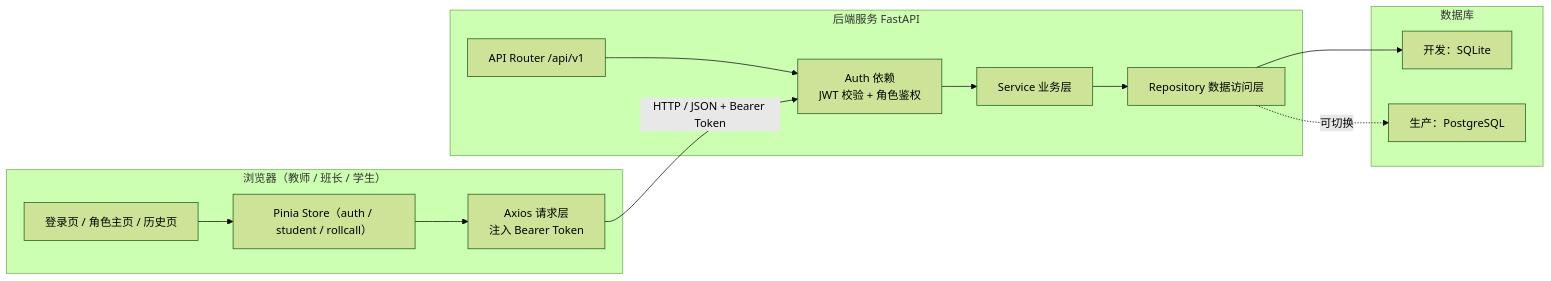
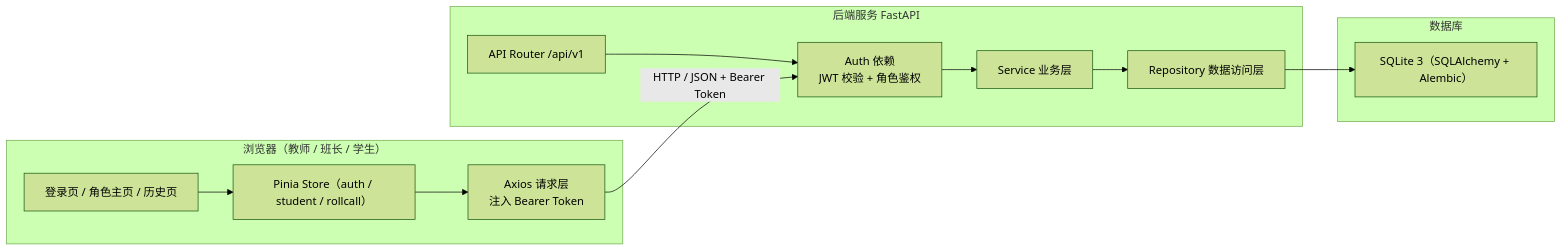
The first of 2 diagrams in docs/总体架构.md (sparrow-max/teachers-treasure), drawn with Mermaid (forest theme) before and after one commit. The commit also changed other lines of this file and 33 other files, not shown here.

First line of the commit message:
feat(database): 实现 SQLite + SQLAlchemy 数据库层 (#6)

````diff
--- a/docs/总体架构.md
+++ b/docs/总体架构.md
@@ -77,27 +79,25 @@
 ```mermaid
 flowchart LR
     subgraph Browser["浏览器（教师 / 班长 / 学生）"]
         UI["登录页 / 角色主页 / 历史页"]
         Store["Pinia Store（auth / student / rollcall）"]
         API["Axios 请求层<br/>注入 Bearer Token"]
         UI --> Store --> API
     end
 
     subgraph Server["后端服务 FastAPI"]
         Auth["Auth 依赖<br/>JWT 校验 + 角色鉴权"]
         Router["API Router /api/v1"]
         Service["Service 业务层"]
         Repo["Repository 数据访问层"]
         Router --> Auth
         Auth --> Service --> Repo
     end
 
     subgraph DB["数据库"]
-        SQLite["开发：SQLite"]
-        PG["生产：PostgreSQL"]
+        SQLite["SQLite 3（SQLAlchemy + Alembic）"]
     end
 
     API -- "HTTP / JSON + Bearer Token" --> Auth
     Repo --> SQLite
-    Repo -. "可切换" .-> PG
 ```
````
